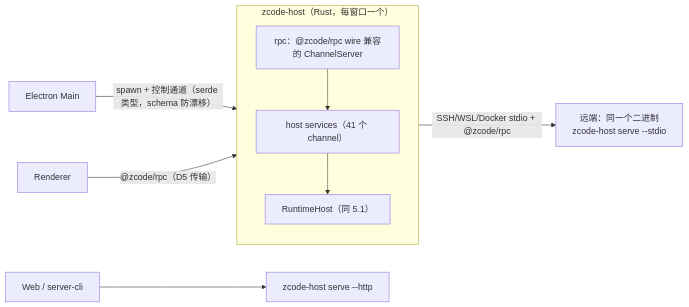
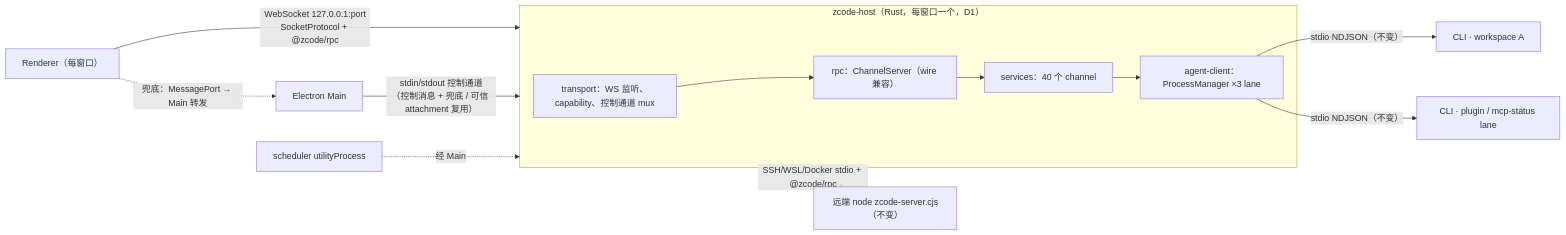
One commit to Madin-H23/ZCode-rs changed the second of 5 diagrams in docs/specs/rust-host.md. Above: the diagram before and after it, drawn with Mermaid. The commit also changed other lines of this file, not shown here.

First line of the commit message:
docs(rust): replan Rust Host as native rewrite over loopback WebSocket

````diff
--- a/docs/specs/rust-host.md
+++ b/docs/specs/rust-host.md
@@ -167,13 +208,17 @@
 ```mermaid
 flowchart LR
-    M["Electron Main"] -- "spawn + 控制通道（serde 类型，schema 防漂移）" --> ZH
-    R["Renderer"] -- "@zcode/rpc（D5 传输）" --> ZH
-    subgraph ZH["zcode-host（Rust，每窗口一个）"]
-        RPC["rpc：@zcode/rpc wire 兼容的 ChannelServer"]
-        SVC["host services（41 个 channel）"]
-        RT["RuntimeHost（同 5.1）"]
-        RPC --> SVC --> RT
+    R["Renderer（每窗口）"] -- "WebSocket 127.0.0.1:port<br/>SocketProtocol + @zcode/rpc" --> ZH
+    R -. "兜底：MessagePort → Main 转发" .-> M
+    M["Electron Main"] -- "stdin/stdout 控制通道<br/>（控制消息 + 兜底 / 可信 attachment 复用）" --> ZH
+    S["scheduler utilityProcess"] -. "经 Main" .-> ZH
+    subgraph ZH["zcode-host（Rust，每窗口一个，D1）"]
+        TR["transport：WS 监听、capability、控制通道 mux"]
+        RPC["rpc：ChannelServer（wire 兼容）"]
+        SVC["services：40 个 channel"]
+        AC["agent-client：ProcessManager ×3 lane"]
+        TR --> RPC --> SVC --> AC
     end
-    ZH -- "SSH/WSL/Docker stdio + @zcode/rpc" --> RZ["远端：同一个二进制<br/>zcode-host serve --stdio"]
-    W["Web / server-cli"] --> WZ["zcode-host serve --http"]
+    AC -- "stdio NDJSON（不变）" --> C1["CLI · workspace A"]
+    AC -- "stdio NDJSON（不变）" --> C2["CLI · plugin / mcp-status lane"]
+    ZH -- "SSH/WSL/Docker stdio + @zcode/rpc" --> RS["远端 node zcode-server.cjs（不变）"]
 ```
````
